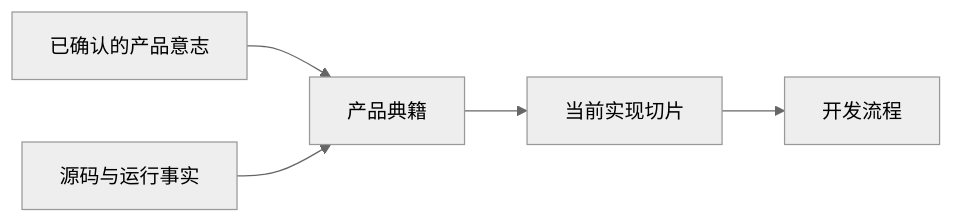
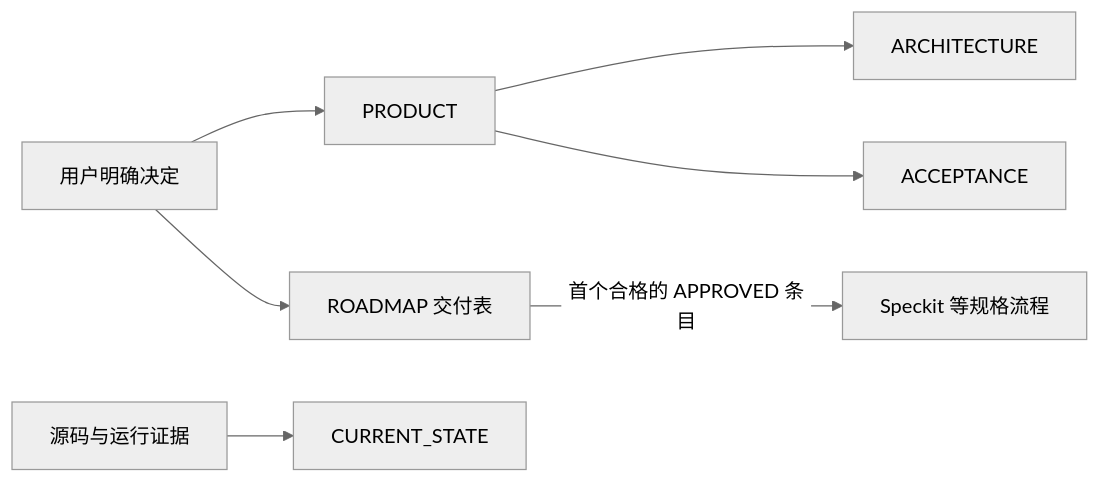
Before and after one commit to yinsang0910-star/product-canon: the diagram in README.md, drawn with Mermaid (neutral theme). The commit also changed other lines of this file and 7 other files, not shown here.

````diff
--- a/README.md
+++ b/README.md
@@ -25,7 +36,9 @@
 ```mermaid
 flowchart LR
-    A[已确认的产品意志] --> B[产品典籍]
-    B --> C[当前实现切片]
-    C --> D[开发流程]
-    E[源码与运行事实] --> B
+    U[用户明确决定] --> P[PRODUCT]
+    U --> R[ROADMAP 交付表]
+    P --> A[ARCHITECTURE]
+    P --> C[ACCEPTANCE]
+    E[源码与运行证据] --> S[CURRENT_STATE]
+    R -->|首个合格的 APPROVED 条目| K[Speckit 等规格流程]
 ```
````
